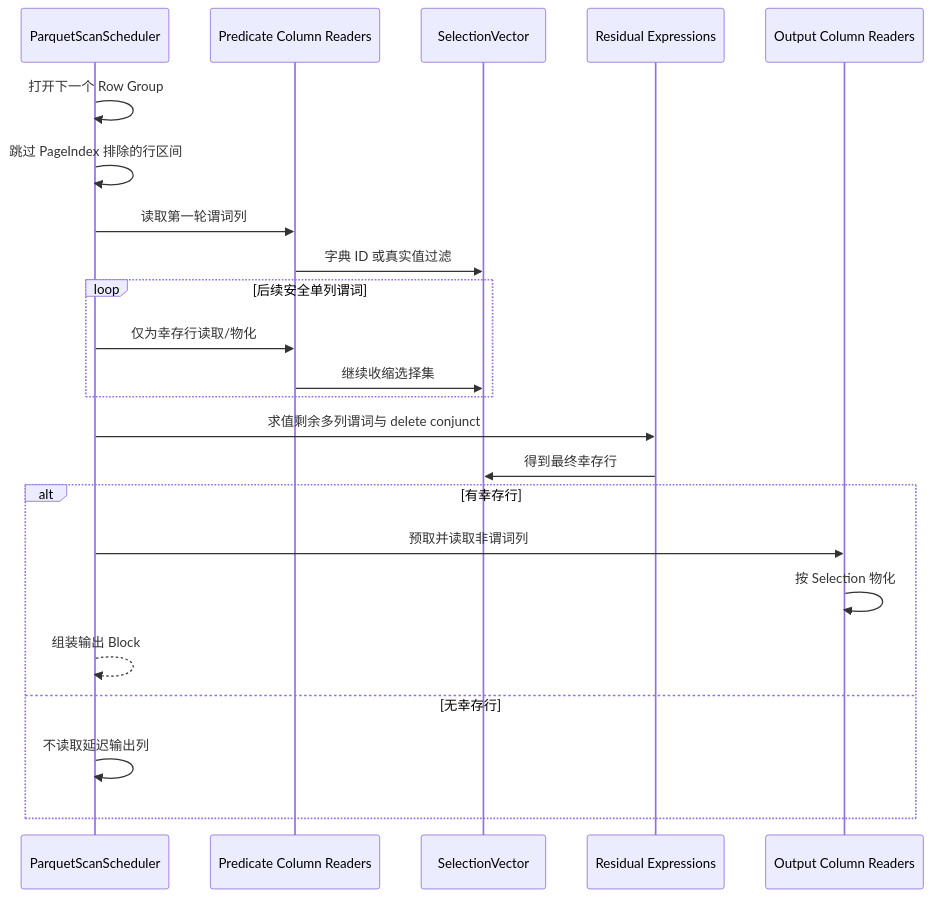
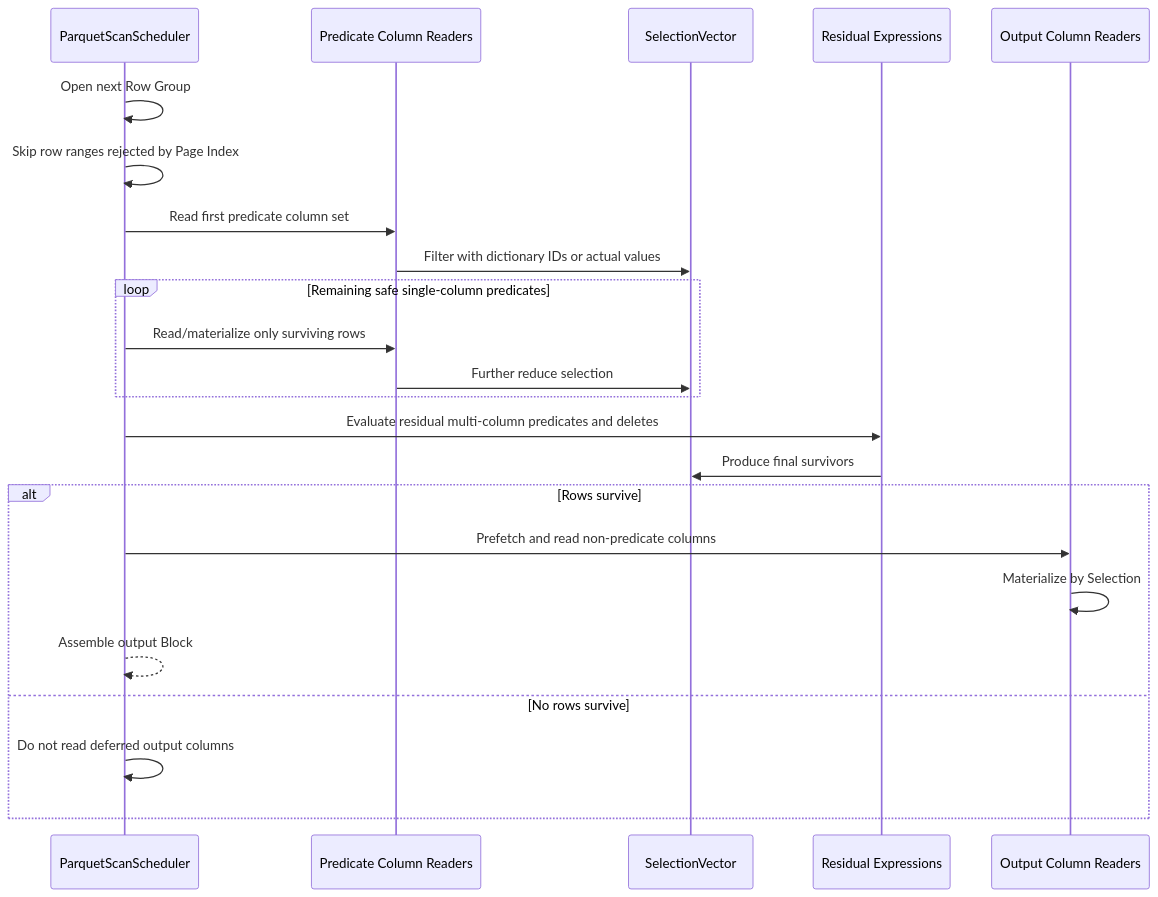
One commit to apache/doris changed the sixth of 13 diagrams in docs/file-scanner-v2-parquet-scan-design.md. Above: the diagram before and after it, drawn with Mermaid. The commit also changed other lines of this file and 1 other file, not shown here.

````diff
--- a/docs/file-scanner-v2-parquet-scan-design.md
+++ b/docs/file-scanner-v2-parquet-scan-design.md
@@ -207,25 +232,25 @@
 ```mermaid
 sequenceDiagram
   participant S as ParquetScanScheduler
   participant PC as Predicate Column Readers
   participant SEL as SelectionVector
   participant EX as Residual Expressions
   participant OC as Output Column Readers
-  S->>S: 打开下一个 Row Group
-  S->>S: 跳过 PageIndex 排除的行区间
-  S->>PC: 读取第一轮谓词列
-  PC->>SEL: 字典 ID 或真实值过滤
-  loop 后续安全单列谓词
-    S->>PC: 仅为幸存行读取/物化
-    PC->>SEL: 继续收缩选择集
+  S->>S: Open next Row Group
+  S->>S: Skip row ranges rejected by Page Index
+  S->>PC: Read first predicate column set
+  PC->>SEL: Filter with dictionary IDs or actual values
+  loop Remaining safe single-column predicates
+    S->>PC: Read/materialize only surviving rows
+    PC->>SEL: Further reduce selection
   end
-  S->>EX: 求值剩余多列谓词与 delete conjunct
-  EX->>SEL: 得到最终幸存行
-  alt 有幸存行
-    S->>OC: 预取并读取非谓词列
-    OC->>OC: 按 Selection 物化
-    S-->>S: 组装输出 Block
-  else 无幸存行
-    S->>S: 不读取延迟输出列
+  S->>EX: Evaluate residual multi-column predicates and deletes
+  EX->>SEL: Produce final survivors
+  alt Rows survive
+    S->>OC: Prefetch and read non-predicate columns
+    OC->>OC: Materialize by Selection
+    S-->>S: Assemble output Block
+  else No rows survive
+    S->>S: Do not read deferred output columns
   end
 ```
````
